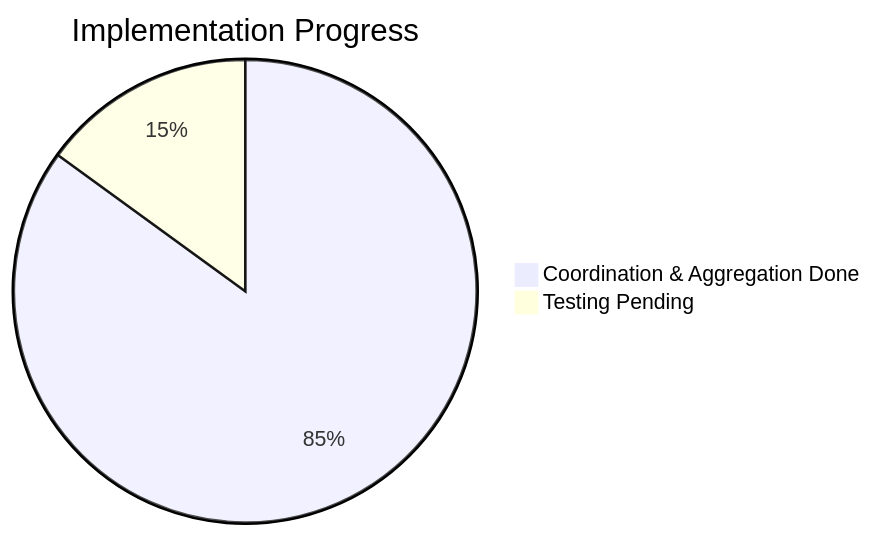
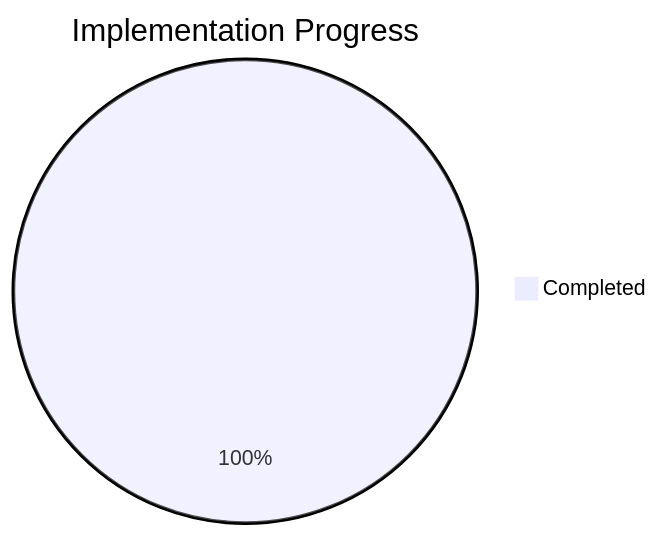
Before and after one commit to hackathon-nstech/database-nsdocs-consumption-module: the first of 2 diagrams in memory-bank/progress.md, drawn with Mermaid. The commit also changed other lines of this file and 1 other file, not shown here.

Commit message:
refactor: Update progress and active context documentation to reflect project completion and refined Redis aggregation strategy

````diff
--- a/memory-bank/progress.md
+++ b/memory-bank/progress.md
@@ -131,5 +33,4 @@
 ```mermaid
 pie title Implementation Progress
-    "Coordination & Aggregation Done" : 85
-    "Testing Pending" : 15
+    "Completed" : 100
 ```
````
